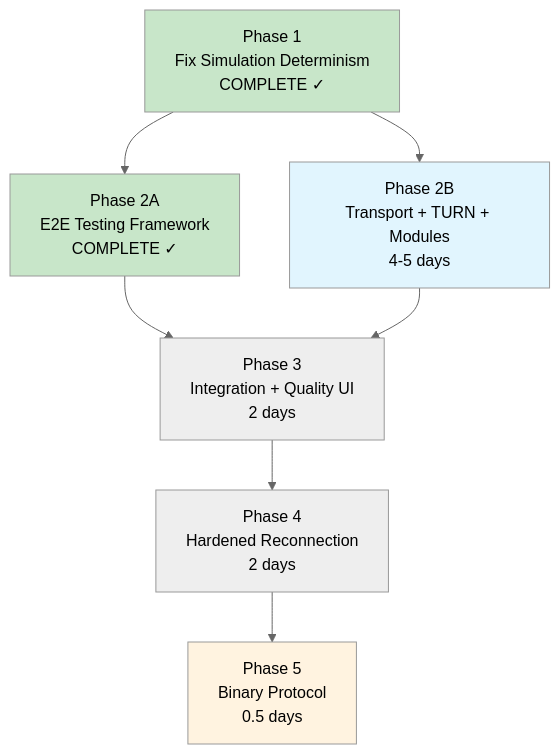
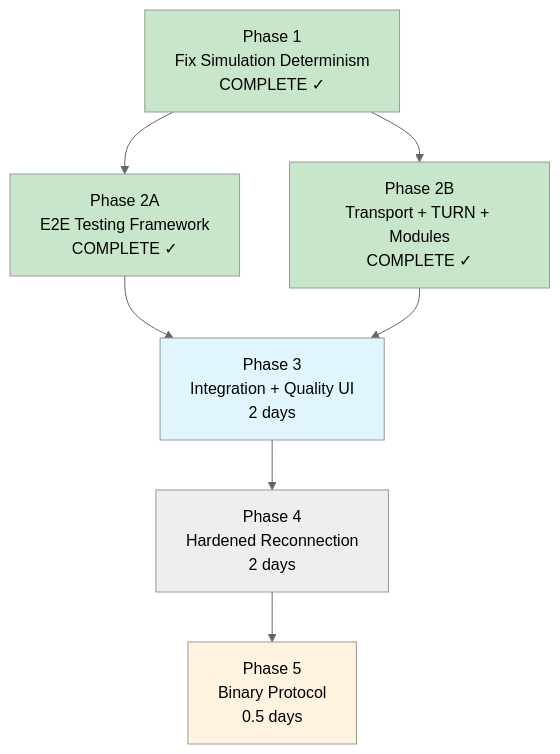
The fourth of 4 diagrams in docs/rfcs/0001-networking-redesign.md (simon0191/a-los-traques), drawn with Mermaid (neutral theme) before and after one commit. The commit also changed other lines of this file and 15 other files, not shown here.

First line of the commit message:
Phase 2B: Decompose NetworkManager into focused modules + TURN support

````diff
--- a/docs/rfcs/0001-networking-redesign.md
+++ b/docs/rfcs/0001-networking-redesign.md
@@ -636,21 +642,22 @@
 ```mermaid
 flowchart TB
     P1[Phase 1<br/>Fix Simulation Determinism<br/>COMPLETE ✓]
     P2A[Phase 2A<br/>E2E Testing Framework<br/>COMPLETE ✓]
-    P2B[Phase 2B<br/>Transport + TURN + Modules<br/>4-5 days]
+    P2B[Phase 2B<br/>Transport + TURN + Modules<br/>COMPLETE ✓]
     P3[Phase 3<br/>Integration + Quality UI<br/>2 days]
     P4[Phase 4<br/>Hardened Reconnection<br/>2 days]
     P5[Phase 5<br/>Binary Protocol<br/>0.5 days]
 
     P1 --> P2A
     P1 --> P2B
     P2A --> P3
     P2B --> P3
     P3 --> P4
     P4 --> P5
 
     style P1 fill:#c8e6c9
     style P2A fill:#c8e6c9
-    style P2B fill:#e1f5fe
+    style P2B fill:#c8e6c9
+    style P3 fill:#e1f5fe
     style P5 fill:#fff3e0
 ```
````
